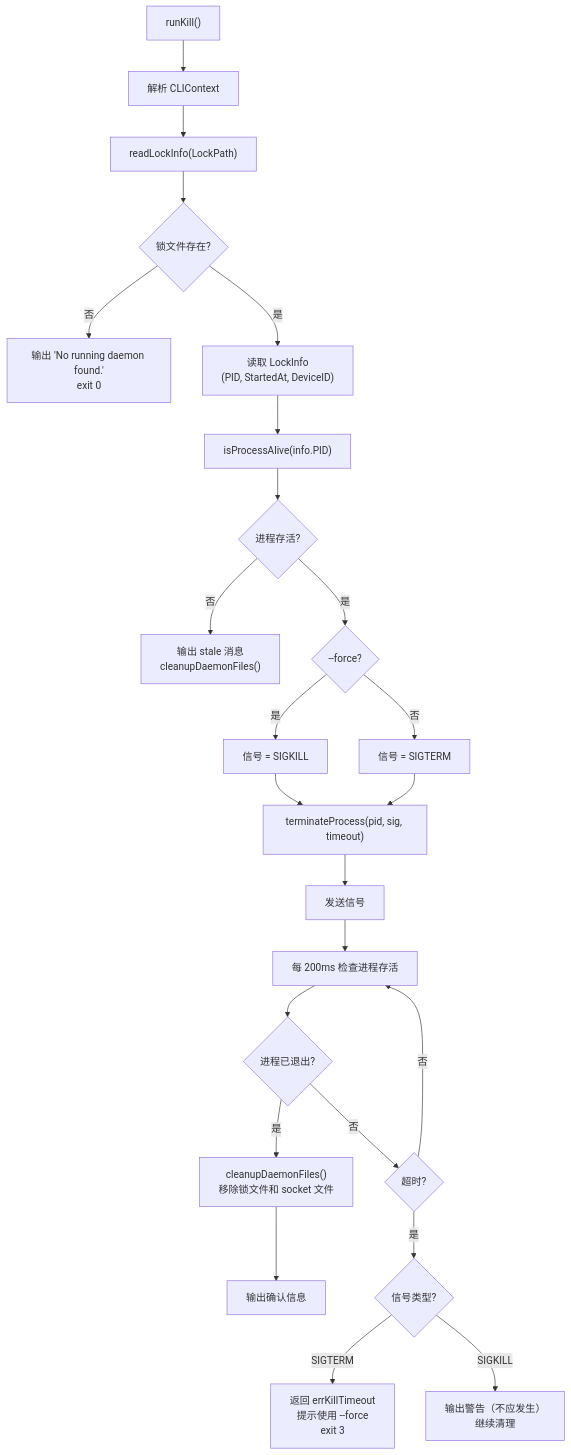
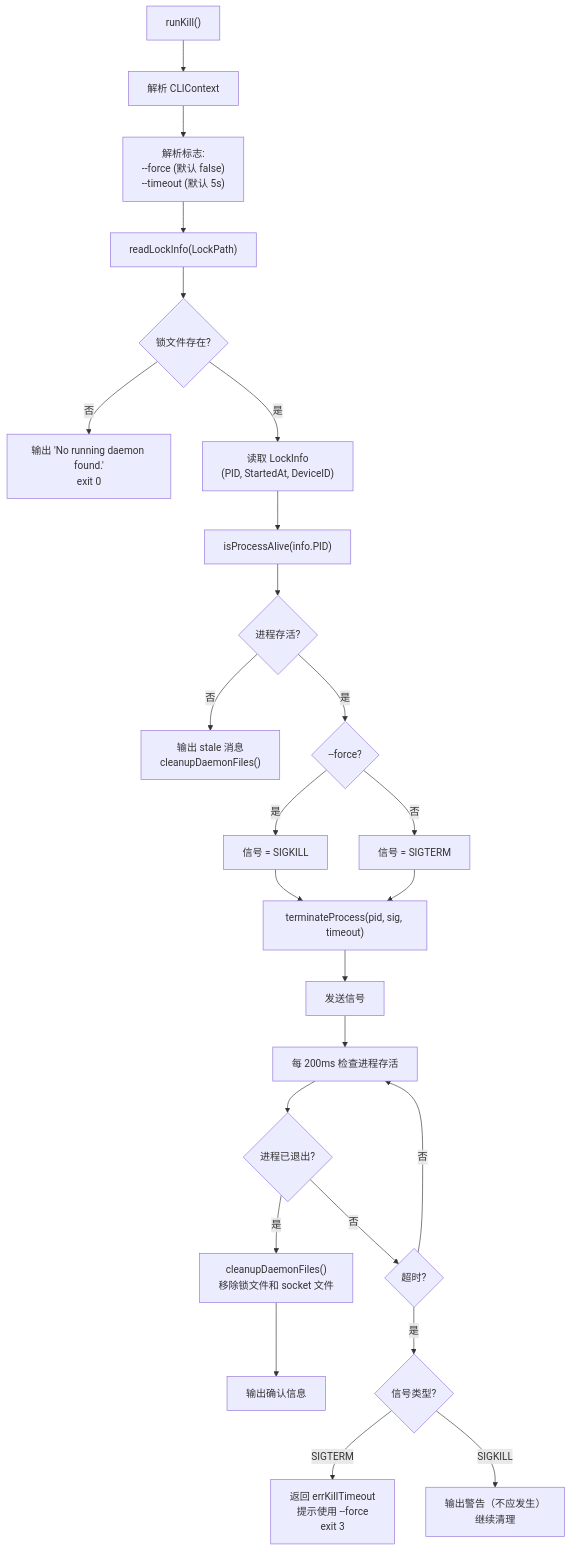
The eighth of 16 diagrams in wiki/flows/cli-ipc.md (PineappleBond/xyncra-server), drawn with Mermaid before and after one commit. The commit also changed other lines of this file and 19 other files, not shown here.

````diff
--- a/wiki/flows/cli-ipc.md
+++ b/wiki/flows/cli-ipc.md
@@ -463,26 +463,27 @@
 ```mermaid
 flowchart TD
     A["runKill()"] --> B["解析 CLIContext"]
-    B --> C["readLockInfo(LockPath)"]
+    B --> B2["解析标志:<br>--force (默认 false)<br>--timeout (默认 5s)"]
+    B2 --> C["readLockInfo(LockPath)"]
     C --> D{"锁文件存在?"}
     D -->|否| E["输出 'No running daemon found.'<br>exit 0"]
     D -->|是| F["读取 LockInfo<br>(PID, StartedAt, DeviceID)"]
     F --> G["isProcessAlive(info.PID)"]
     G --> H{"进程存活?"}
     H -->|否| I["输出 stale 消息<br>cleanupDaemonFiles()"]
     H -->|是| J{"--force?"}
     J -->|是| K["信号 = SIGKILL"]
     J -->|否| L["信号 = SIGTERM"]
     K --> M["terminateProcess(pid, sig, timeout)"]
     L --> M
     M --> N["发送信号"]
     N --> O["每 200ms 检查进程存活"]
     O --> P{"进程已退出?"}
     P -->|是| Q["cleanupDaemonFiles()<br>移除锁文件和 socket 文件"]
     P -->|否| R{"超时?"}
     R -->|否| O
     R -->|是| S{"信号类型?"}
     S -->|SIGTERM| T["返回 errKillTimeout<br>提示使用 --force<br>exit 3"]
     S -->|SIGKILL| U["输出警告（不应发生）<br>继续清理"]
     Q --> V["输出确认信息"]
 ```
````
